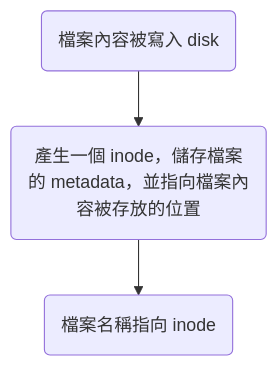
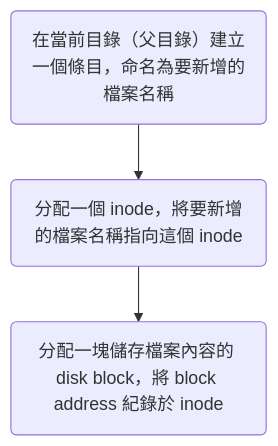
One commit to bingyangchen/KM-software changed the first of 2 diagrams in Operating System/Linux/File System.md. Above: the diagram before and after it, drawn with Mermaid. The commit also changed other lines of this file and 10 other files, not shown here.

````diff
--- a/Operating System/Linux/File System.md
+++ b/Operating System/Linux/File System.md
@@ -201,8 +21,8 @@
 ```mermaid
 flowchart TD
-    id1("檔案內容被寫入 disk")
-    id2("產生一個 inode，儲存檔案的 metadata，並指向檔案內容被存放的位置")
-    id3("檔案名稱指向 inode")
+    id0("在當前目錄（父目錄）建立一個條目，命名為要新增的檔案名稱")
+    id1("分配一個 inode，將要新增的檔案名稱指向這個 inode")
+    id2("分配一塊儲存檔案內容的 disk block，將 block address 紀錄於 inode")
+    id0 --> id1
     id1 --> id2
-    id2 --> id3
 ```
````
